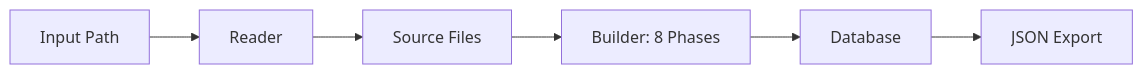
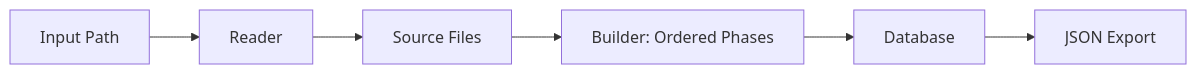
One commit to th13vn/w3goaudit changed the fifth of 8 diagrams in docs/workflows.md. Above: the diagram before and after it, drawn with Mermaid. The commit also changed other lines of this file and 11 other files, not shown here.

````diff
--- a/docs/workflows.md
+++ b/docs/workflows.md
@@ -358,8 +386,8 @@
 ```mermaid
 graph LR
     A[Input Path] --> B[Reader]
     B --> C[Source Files]
-    C --> D[Builder: 8 Phases]
+    C --> D[Builder: Ordered Phases]
     D --> E[Database]
     E --> F[JSON Export]
 ```
````
